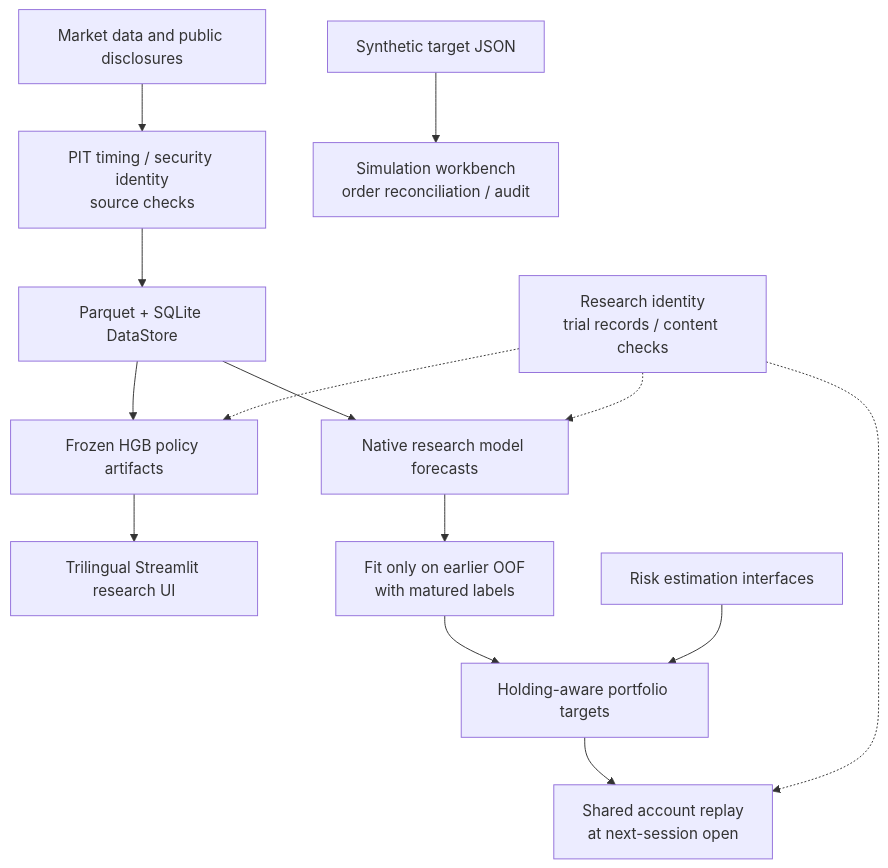
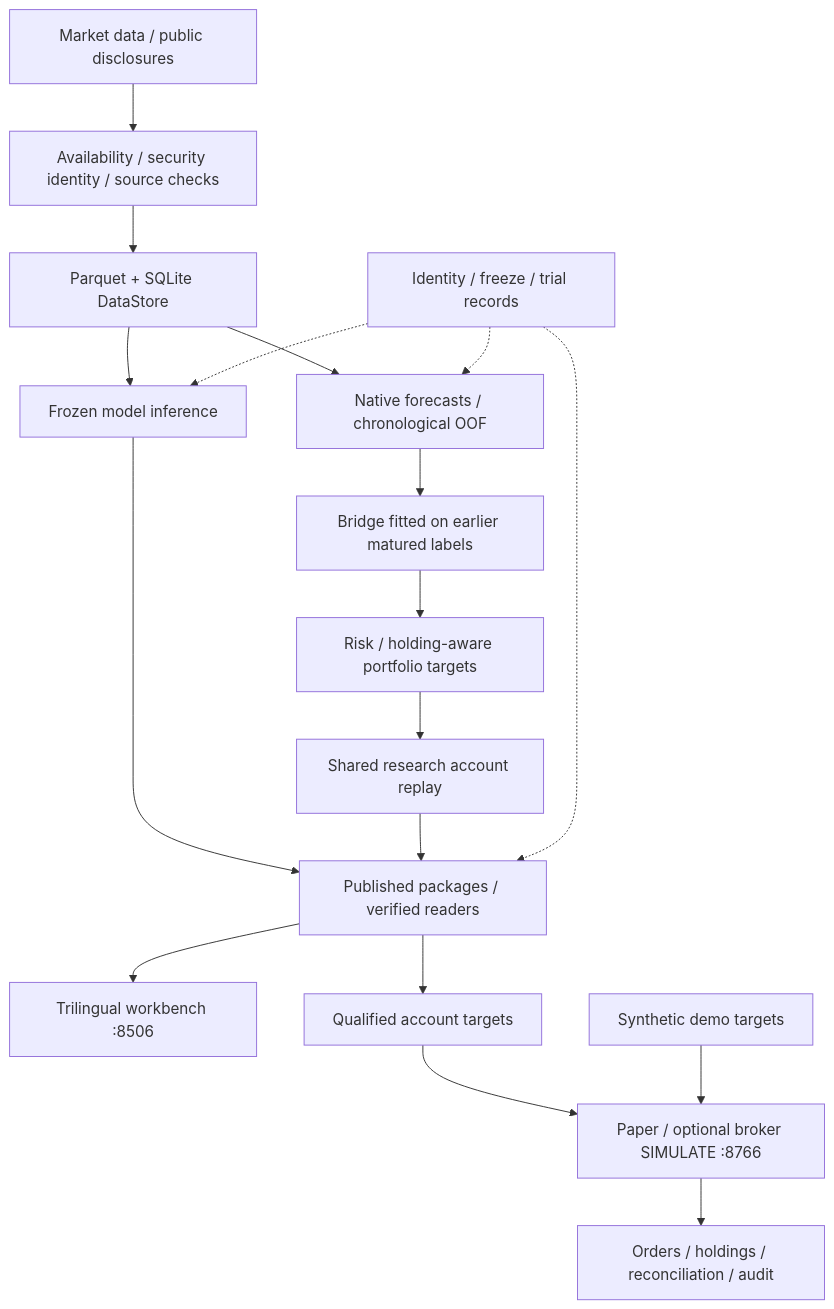
The diagram in README.md (kinryukii/us-tech-quant-v21), drawn with Mermaid before and after one commit. The commit also changed other lines of this file and 653 other files, not shown here.

````diff
--- a/README.md
+++ b/README.md
@@ -32,16 +28,20 @@
 ```mermaid
 flowchart TB
-    Sources[Market data and public disclosures] --> PIT["PIT timing / security identity<br/>source checks"]
-    PIT --> Store[Parquet + SQLite DataStore]
-    Store --> HGB[Frozen HGB policy artifacts]
-    HGB --> Demo[Trilingual Streamlit research UI]
-    Store --> Forecast[Native research model forecasts]
-    Forecast --> Bridge["Fit only on earlier OOF<br/>with matured labels"]
-    Bridge --> Policy[Holding-aware portfolio targets]
-    Risk[Risk estimation interfaces] --> Policy
-    Policy --> Replay["Shared account replay<br/>at next-session open"]
-    Registry["Research identity<br/>trial records / content checks"] -.-> HGB
-    Registry -.-> Forecast
-    Registry -.-> Replay
-    JSON[Synthetic target JSON] --> Paper["Simulation workbench<br/>order reconciliation / audit"]
+    Sources["Market data / public disclosures"] --> PIT["Availability / security identity / source checks"]
+    PIT --> Store["Parquet + SQLite DataStore"]
+    Store --> Frozen["Frozen model inference"]
+    Store --> Research["Native forecasts / chronological OOF"]
+    Research --> Bridge["Bridge fitted on earlier matured labels"]
+    Bridge --> Portfolio["Risk / holding-aware portfolio targets"]
+    Portfolio --> Replay["Shared research account replay"]
+    Frozen --> Published["Published packages / verified readers"]
+    Replay --> Published
+    Published --> UI["Trilingual workbench :8506"]
+    Published --> Targets["Qualified account targets"]
+    Targets --> Sim["Paper / optional broker SIMULATE :8766"]
+    Sim --> Reconcile["Orders / holdings / reconciliation / audit"]
+    Synthetic["Synthetic demo targets"] --> Sim
+    Registry["Identity / freeze / trial records"] -.-> Frozen
+    Registry -.-> Research
+    Registry -.-> Published
 ```
````
